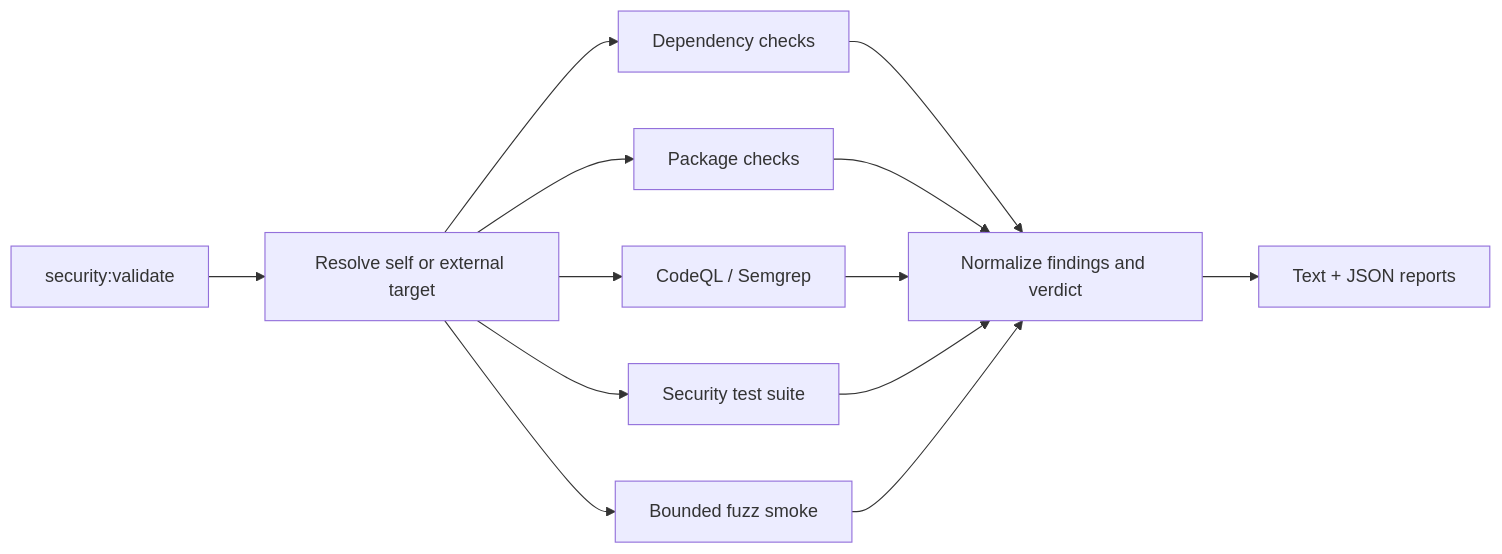
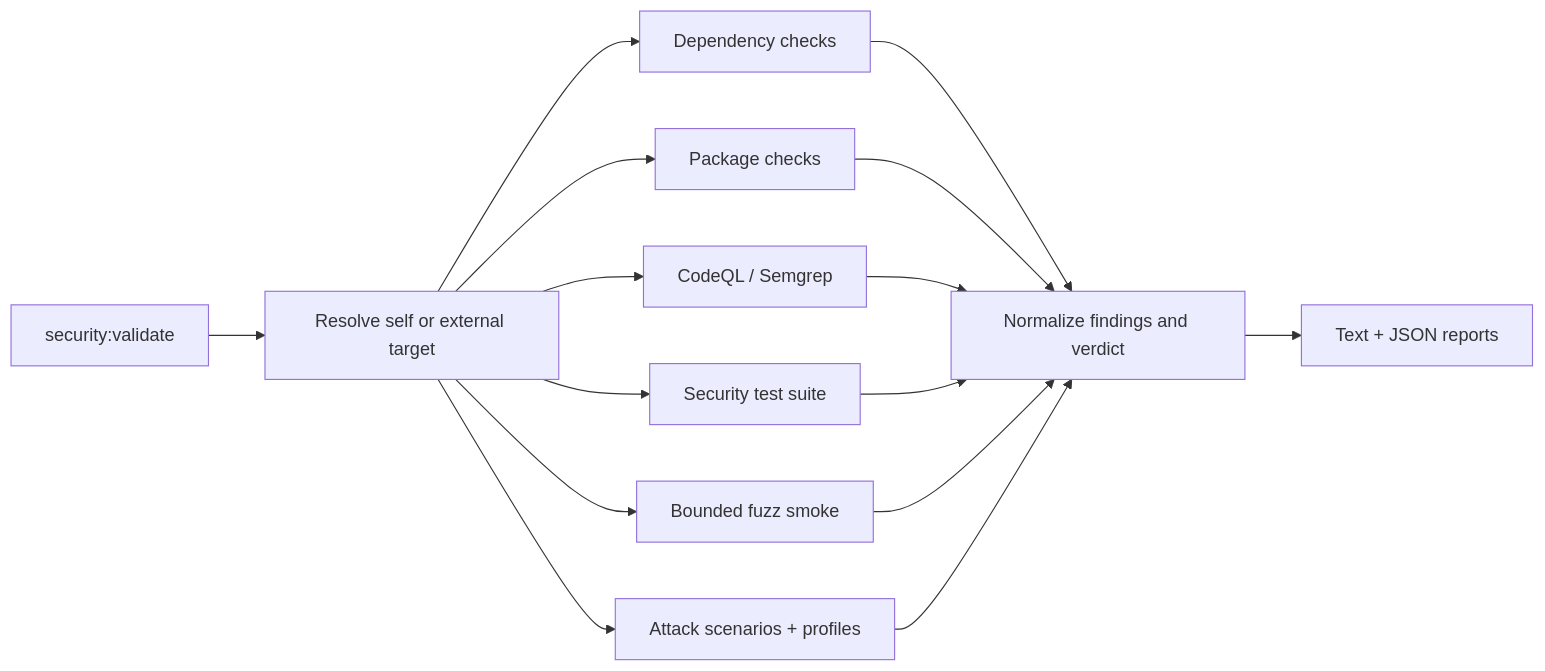
Before and after one commit to dailephd/my-dev-kit-lab: the third of 3 diagrams in docs/ARCHITECTURE.md, drawn with Mermaid. The commit also changed other lines of this file and 67 other files, not shown here.

First line of the commit message:
feat: security:validate v0.2.2 config surface, attack-scenario framework, verdict/fail-on policy

````diff
--- a/docs/ARCHITECTURE.md
+++ b/docs/ARCHITECTURE.md
@@ -105,15 +106,17 @@
 ```mermaid
 flowchart LR
   Command[security:validate] --> Resolve[Resolve self or external target]
   Resolve --> Deps[Dependency checks]
   Resolve --> Package[Package checks]
   Resolve --> Static[CodeQL / Semgrep]
   Resolve --> CLI[Security test suite]
   Resolve --> Fuzz[Bounded fuzz smoke]
+  Resolve --> Scenarios[Attack scenarios + profiles]
   Deps --> Verdict[Normalize findings and verdict]
   Package --> Verdict
   Static --> Verdict
   CLI --> Verdict
   Fuzz --> Verdict
+  Scenarios --> Verdict
   Verdict --> Reports[Text + JSON reports]
 ```
````
